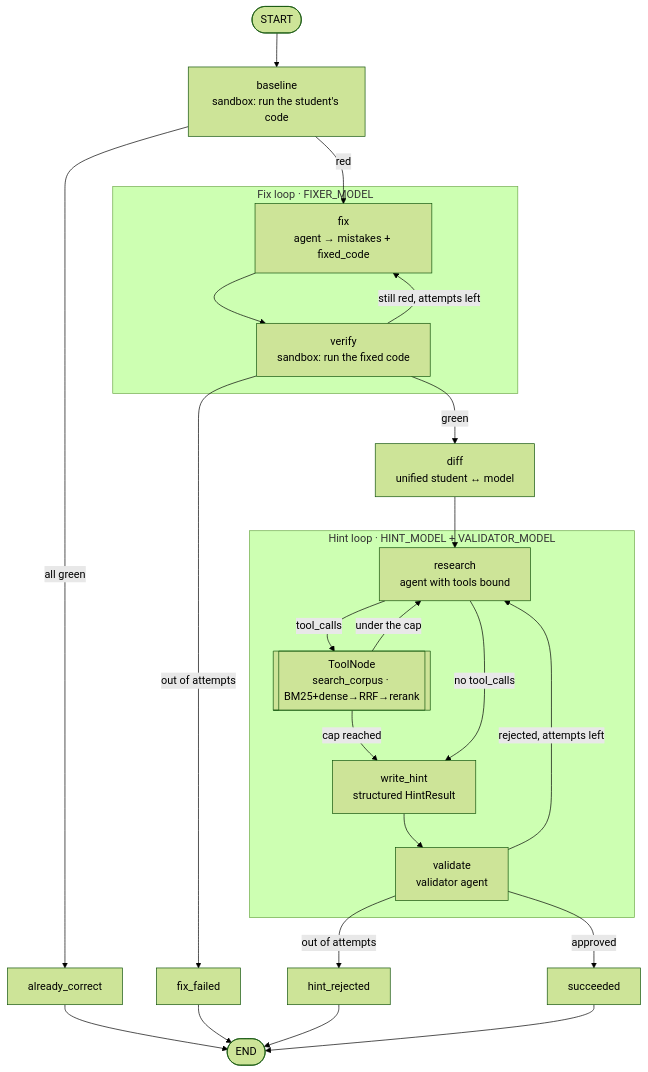
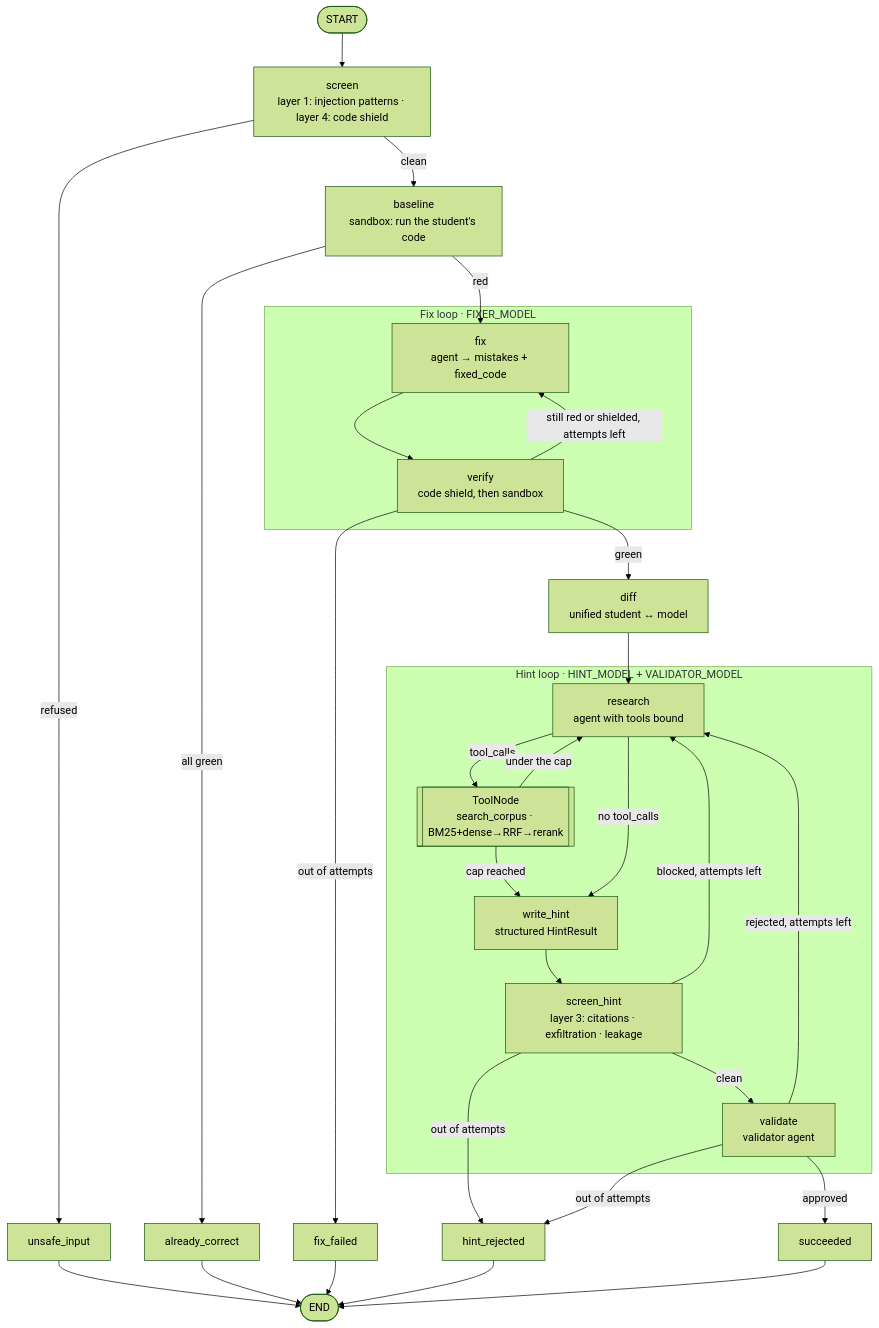
One commit to profoundmentalretardation/problem-helper changed the first of 3 diagrams in README.md. Above: the diagram before and after it, drawn with Mermaid (forest theme). The commit also changed other lines of this file and 51 other files, not shown here.

````diff
--- a/README.md
+++ b/README.md
@@ -79,31 +96,37 @@
 ```mermaid
 flowchart TD
-    START([START]) --> baseline[baseline<br/>sandbox: run the student's code]
+    START([START]) --> screen[screen<br/>layer 1: injection patterns · layer 4: code shield]
+    screen -->|refused| unsafe_input[unsafe_input]
+    screen -->|clean| baseline[baseline<br/>sandbox: run the student's code]
     baseline -->|all green| already_correct[already_correct]
     baseline -->|red| fix
 
     subgraph fixloop [Fix loop · FIXER_MODEL]
-        fix[fix<br/>agent → mistakes + fixed_code] --> verify[verify<br/>sandbox: run the fixed code]
+        fix[fix<br/>agent → mistakes + fixed_code] --> verify[verify<br/>code shield, then sandbox]
     end
-    verify -->|still red, attempts left| fix
+    verify -->|still red or shielded, attempts left| fix
     verify -->|out of attempts| fix_failed[fix_failed]
     verify -->|green| diff[diff<br/>unified student ↔ model]
 
     diff --> research
 
     subgraph hintloop [Hint loop · HINT_MODEL + VALIDATOR_MODEL]
         research[research<br/>agent with tools bound] -->|tool_calls| tools[[ToolNode<br/>search_corpus · BM25+dense→RRF→rerank]]
         tools -->|under the cap| research
         tools -->|cap reached| write_hint
         research -->|no tool_calls| write_hint[write_hint<br/>structured HintResult]
-        write_hint --> validate[validate<br/>validator agent]
+        write_hint --> screen_hint[screen_hint<br/>layer 3: citations · exfiltration · leakage]
+        screen_hint -->|clean| validate[validate<br/>validator agent]
     end
+    screen_hint -->|blocked, attempts left| research
+    screen_hint -->|out of attempts| hint_rejected[hint_rejected]
     validate -->|rejected, attempts left| research
-    validate -->|out of attempts| hint_rejected[hint_rejected]
+    validate -->|out of attempts| hint_rejected
     validate -->|approved| succeeded[succeeded]
 
-    already_correct --> END([END])
+    unsafe_input --> END([END])
+    already_correct --> END
     fix_failed --> END
     hint_rejected --> END
     succeeded --> END
 ```
````
